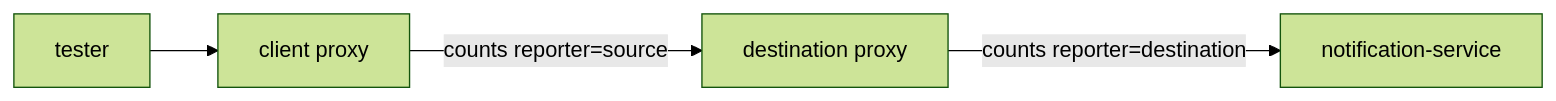
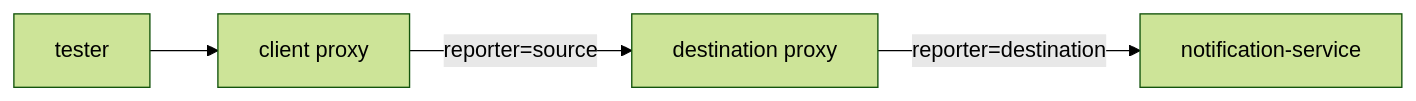
One commit to astrona-io/ATS016 changed the diagram in sections/section-060/module-02/course-02-reporter-and-promql.md. Above: the diagram before and after it, drawn with Mermaid (forest theme). The commit also changed other lines of this file and 41 other files, not shown here.

````diff
--- a/sections/section-060/module-02/course-02-reporter-and-promql.md
+++ b/sections/section-060/module-02/course-02-reporter-and-promql.md
@@ -9,6 +9,6 @@
 ```mermaid
 flowchart LR
     T["tester"] --> CP["client proxy"]
-    CP -->|"counts reporter=source"| DP["destination proxy"]
-    DP -->|"counts reporter=destination"| N["notification-service"]
+    CP -->|"reporter=source"| DP["destination proxy"]
+    DP -->|"reporter=destination"| N["notification-service"]
 ```
````
